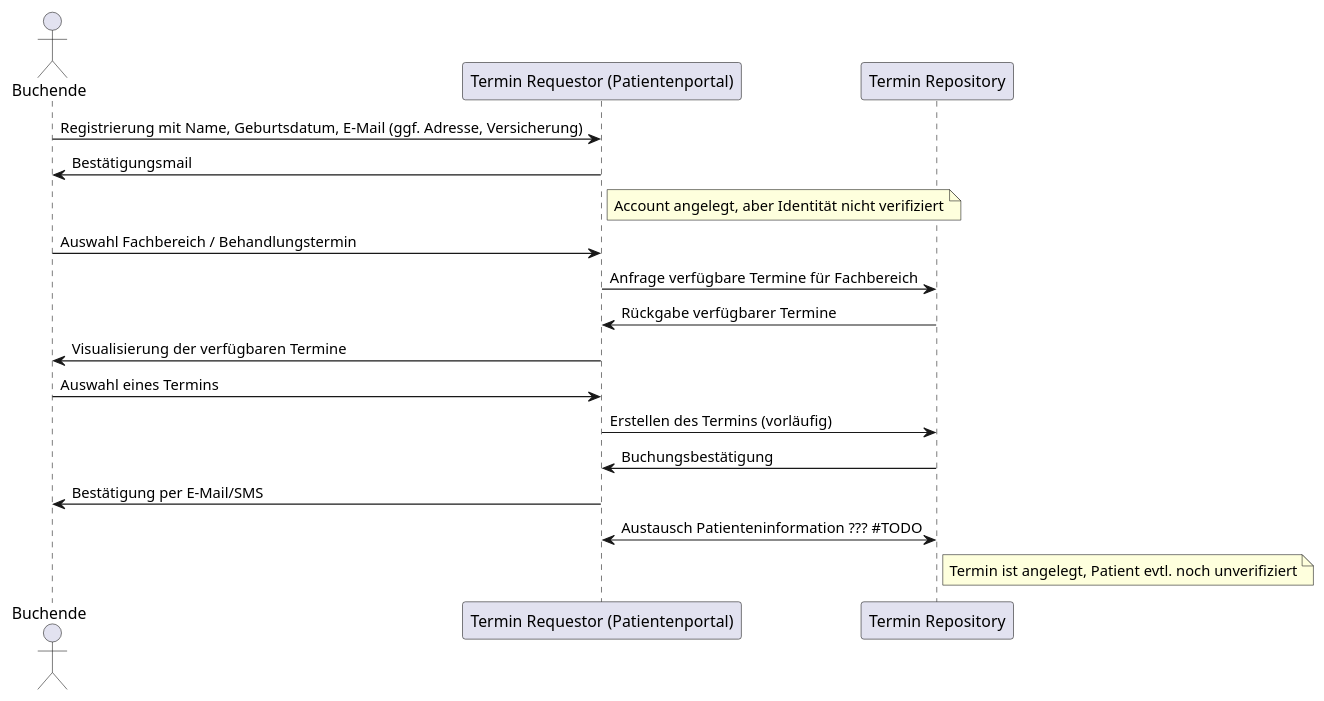
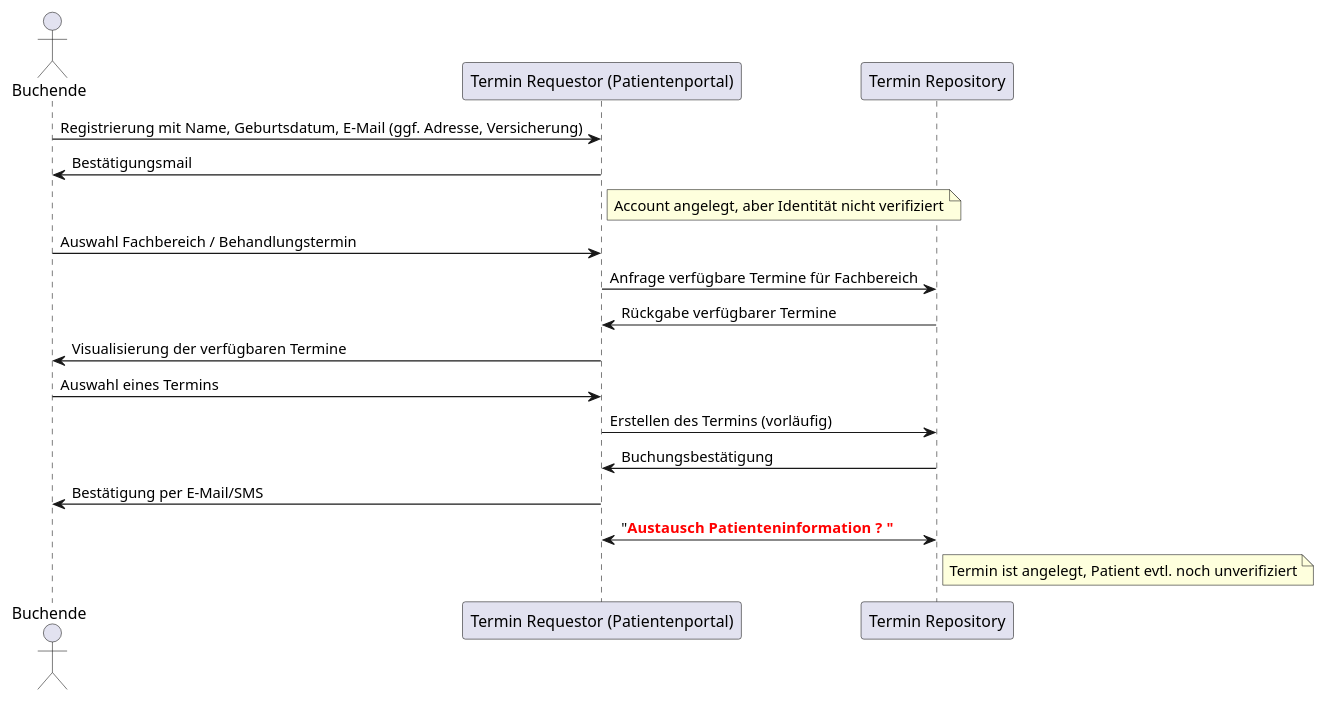
One commit to gematik/Spec-ISiK-Terminplanung changed the diagram in Material/images/diagrams/patient-buchung-sequenz.puml. Above: the diagram before and after it, drawn with PlantUML. The commit also changed 1 other file, not shown here.

Commit message:
update diagram

```diff
--- a/Material/images/diagrams/patient-buchung-sequenz.puml
+++ b/Material/images/diagrams/patient-buchung-sequenz.puml
@@ -1,25 +1,25 @@
 @startuml
 
 actor Buchende
 participant "Termin Requestor (Patientenportal)" as TR
 participant "Termin Repository" as TRP
 
 Buchende -> TR: Registrierung mit Name, Geburtsdatum, E-Mail (ggf. Adresse, Versicherung)
 TR -> Buchende: Bestätigungsmail
 note right of TR: Account angelegt, aber Identität nicht verifiziert
 
 Buchende -> TR: Auswahl Fachbereich / Behandlungstermin
 TR -> TRP: Anfrage verfügbare Termine für Fachbereich
 TRP -> TR: Rückgabe verfügbarer Termine
 TR -> Buchende: Visualisierung der verfügbaren Termine
 
 Buchende -> TR: Auswahl eines Termins
 TR -> TRP: Erstellen des Termins (vorläufig) 
 TRP -> TR: Buchungsbestätigung
 
 TR -> Buchende: Bestätigung per E-Mail/SMS
 
-TR <-> TRP : Austausch Patienteninformation ??? #TODO 
+TR <-> TRP :  "<font color=red><b>Austausch Patienteninformation ?  "
 note right of TRP: Termin ist angelegt, Patient evtl. noch unverifiziert 
 
 @enduml
```
